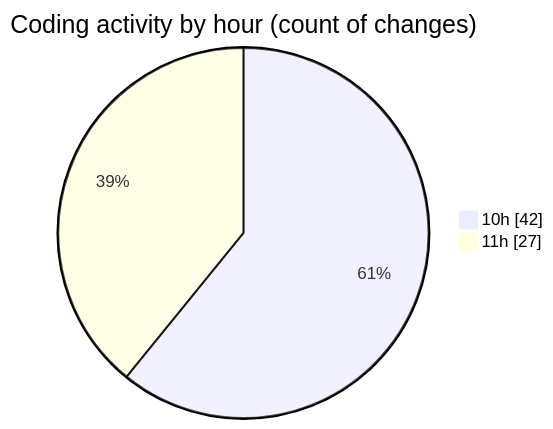
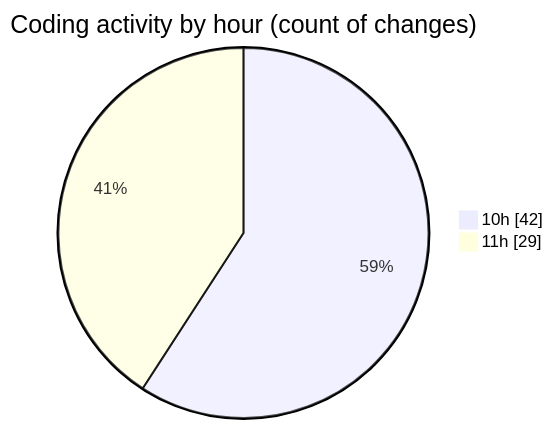
Before and after one commit to CELIANVF/code-tracking: the second of 2 diagrams in 2025-05-15/ecodeli-1/README.md, drawn with Mermaid. The commit also changed other lines of this file and 1 other file, not shown here.

````diff
--- a/2025-05-15/ecodeli-1/README.md
+++ b/2025-05-15/ecodeli-1/README.md
@@ -55,6 +55,6 @@
 ```mermaid
 pie showData
 title Coding activity by hour (count of changes)
 "10h" : 42
-"11h" : 27
+"11h" : 29
 ```
````
